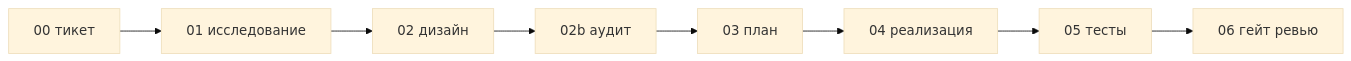
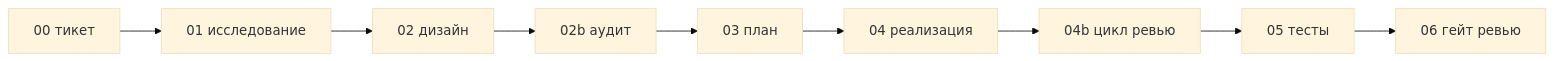
The diagram in README.ru.md (TmsNine/tms-pipeline), drawn with Mermaid (base theme) before and after one commit. The commit also changed other lines of this file and 75 other files, not shown here.

````diff
--- a/README.ru.md
+++ b/README.ru.md
@@ -124,5 +124,5 @@
 ```mermaid
 flowchart LR
   T["00 тикет"] --> R["01 исследование"] --> D["02 дизайн"] --> G["02b аудит"]
-  G --> P["03 план"] --> I["04 реализация"] --> TE["05 тесты"] --> RG["06 гейт ревью"]
+  G --> P["03 план"] --> I["04 реализация"] --> L["04b цикл ревью"] --> TE["05 тесты"] --> RG["06 гейт ревью"]
 ```
````
